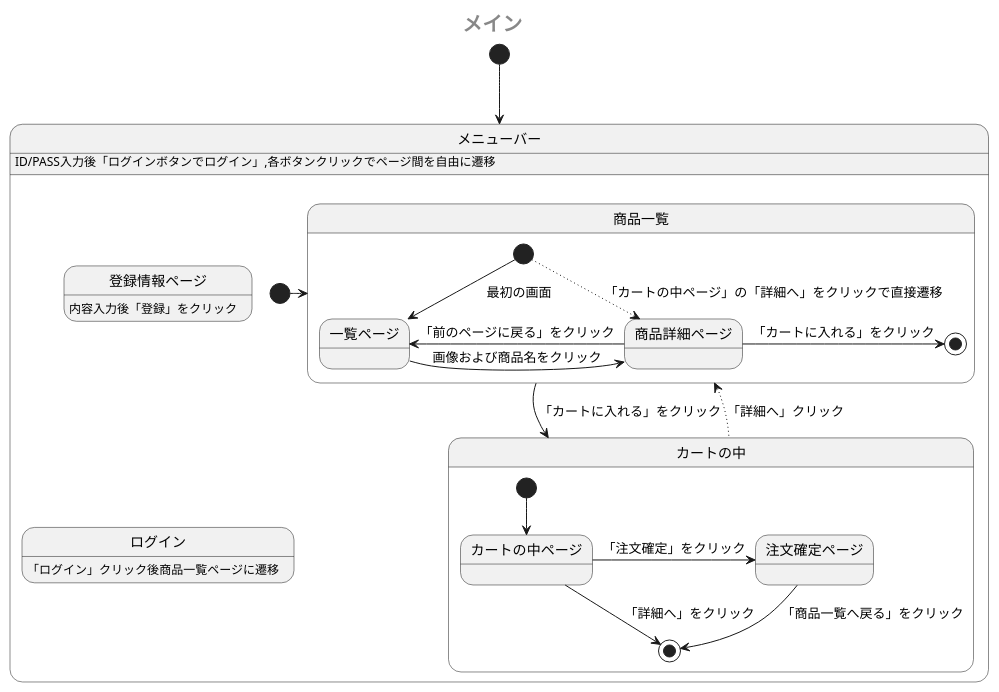
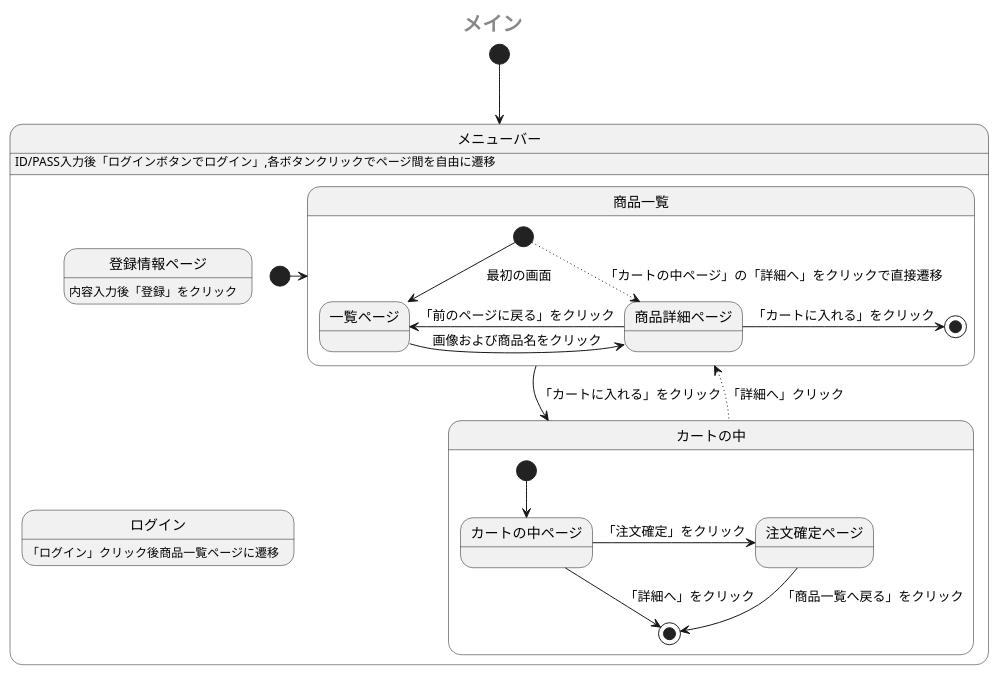
One commit to Aso2001385/2021sys-design changed the diagram in sample/StateMachine.md. Above: the diagram before and after it, drawn with PlantUML.

````diff
--- a/sample/StateMachine.md
+++ b/sample/StateMachine.md
@@ -1,32 +1,32 @@
 ```uml
 @startuml
  center header <size:20><b>メイン</b></size>
  [*] --> メニューバー
  state メニューバー {
    メニューバー: ID/PASS入力後「ログインボタンでログイン」,各ボタンクリックでページ間を自由に遷移
    [*] -> 商品一覧
    state 商品一覧 {
     [*] --> 一覧ページ:　最初の画面
     [*] -[dotted]-> 商品詳細ページ: 「カートの中ページ」の「詳細へ」をクリックで直接遷移
     一覧ページ -right-> 商品詳細ページ: 画像および商品名をクリック
     商品詳細ページ -left-> 一覧ページ: 「前のページに戻る」をクリック
     商品詳細ページ -right-> [*]: 「カートに入れる」をクリック
     
    }
    商品一覧 -down-> カートの中:「カートに入れる」をクリック
    state カートの中 {
     [*] --> カートの中ページ
     カートの中ページ --> [*]:「詳細へ」をクリック
     カートの中ページ -> 注文確定ページ:「注文確定」をクリック 
     注文確定ページ --> [*]: 「商品一覧へ戻る」をクリック
    }
    カートの中 -up[dotted]-> 商品一覧:「詳細へ」クリック
   
-   商品一覧 -left[hidden]-> 登録情報ページ
+   [*] -left[hidden]-> 登録情報ページ
    登録情報ページ:内容入力後「登録」をクリック
    登録情報ページ -[hidden]-> ログイン
    ログイン:「ログイン」クリック後商品一覧ページに遷移
  }
  
 @enduml
 ```
````
